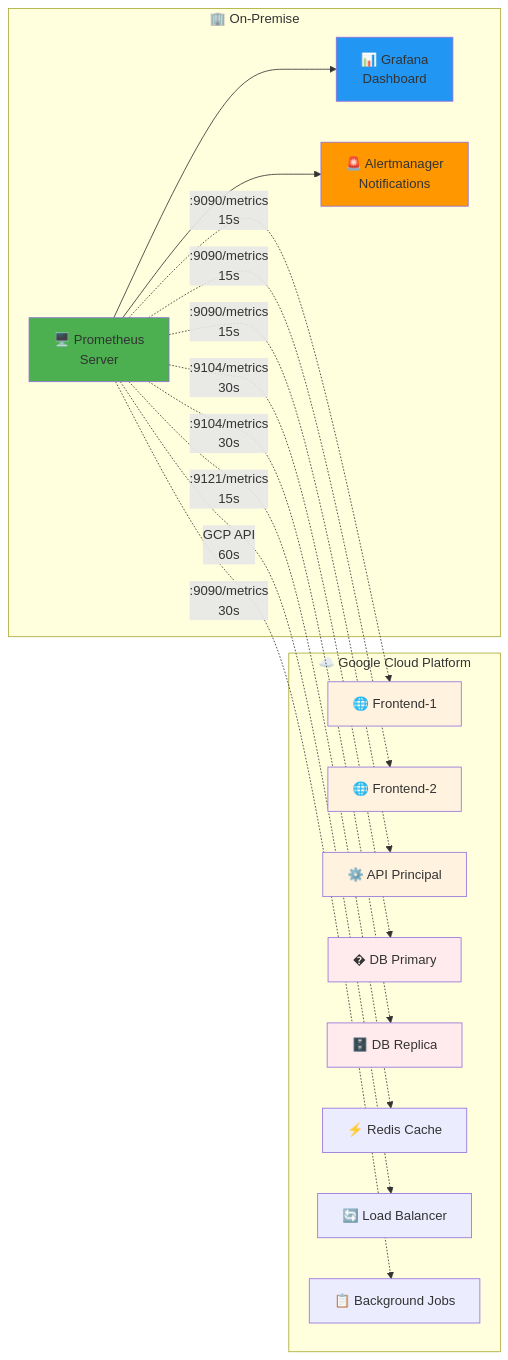
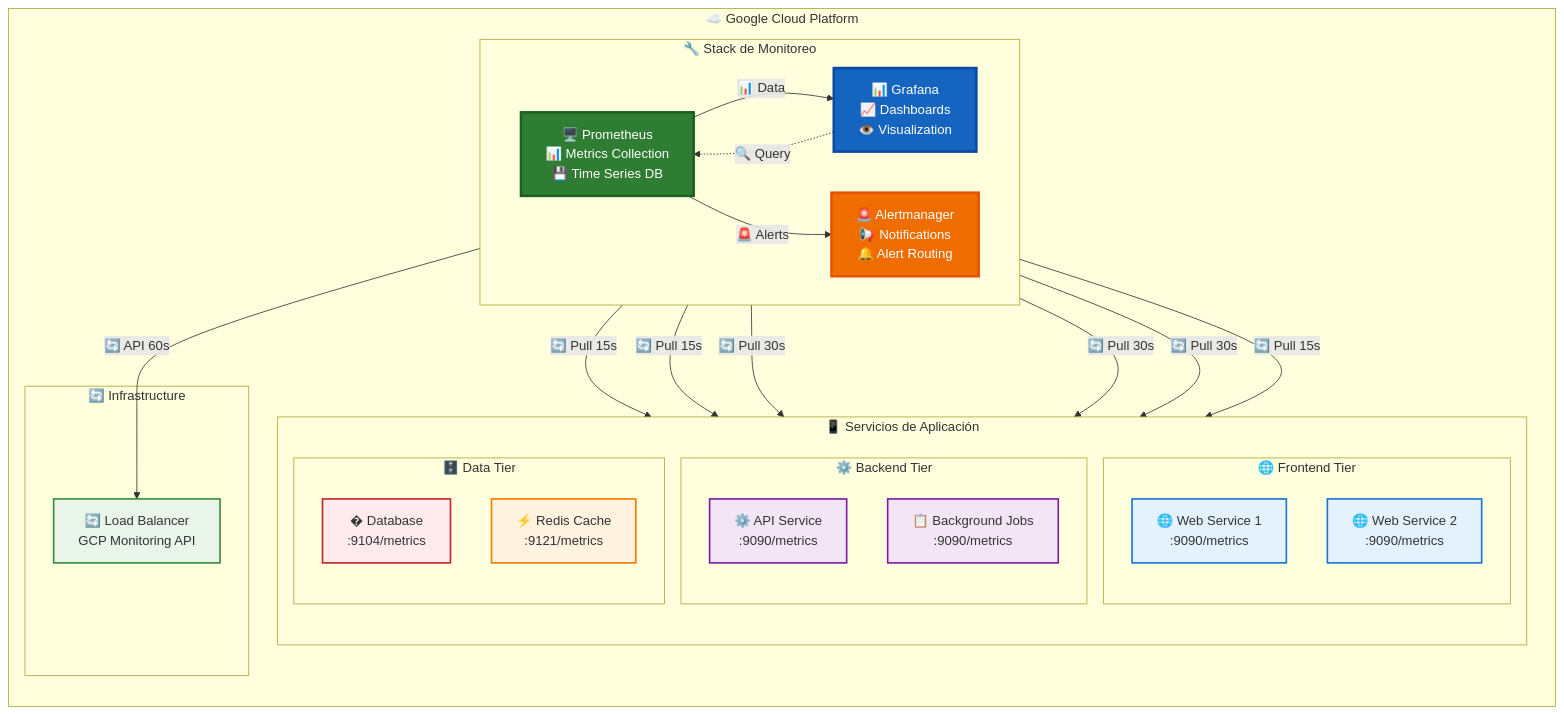
The first of 4 diagrams in docs/tech-stack-decisions/monitoring-tools-comparison.md (floxcristian/ecommerce-architecture-proposal-implementos), drawn with Mermaid before and after one commit. The commit also changed other lines of this file, not shown here.

Commit message:
Actualizar el documento de comparación de herramientas de monitoreo: corregir el impacto financiero, ajustar el contexto de la infraestructura actual y mejorar la claridad en las necesidades de monitoreo y recomendaciones de implementación.

````diff
--- a/docs/tech-stack-decisions/monitoring-tools-comparison.md
+++ b/docs/tech-stack-decisions/monitoring-tools-comparison.md
@@ -226,40 +157,62 @@
 ```mermaid
-graph LR
-    subgraph "🏢 On-Premise"
-        P[🖥️ Prometheus<br/>Server]
-        G[📊 Grafana<br/>Dashboard]
-        A[🚨 Alertmanager<br/>Notifications]
-
-        P --> G
-        P --> A
+graph TB
+    subgraph "☁️ Google Cloud Platform"
+        direction TB
+        
+        subgraph "🔧 Stack de Monitoreo"
+            direction LR
+            P["🖥️ Prometheus<br/>📊 Metrics Collection<br/>💾 Time Series DB"]
+            G["📊 Grafana<br/>📈 Dashboards<br/>👁️ Visualization"]
+            A["🚨 Alertmanager<br/>📢 Notifications<br/>🔔 Alert Routing"]
+        end
+        
+        subgraph "📱 Servicios de Aplicación"
+            direction TB
+            subgraph "🌐 Frontend Tier"
+                WEB1["🌐 Web Service 1<br/>:9090/metrics"]
+                WEB2["🌐 Web Service 2<br/>:9090/metrics"]
+            end
+            
+            subgraph "⚙️ Backend Tier"
+                API["⚙️ API Service<br/>:9090/metrics"]
+                BG["📋 Background Jobs<br/>:9090/metrics"]
+            end
+            
+            subgraph "🗄️ Data Tier"
+                DB["�️ Database<br/>:9104/metrics"]
+                CACHE["⚡ Redis Cache<br/>:9121/metrics"]
+            end
+        end
+        
+        subgraph "🔄 Infrastructure"
+            LB["🔄 Load Balancer<br/>GCP Monitoring API"]
+        end
     end
-
-    subgraph "☁️ Google Cloud Platform"
-        F1[🌐 Frontend-1]
-        F2[🌐 Frontend-2]
-        API[⚙️ API Principal]
-        DB1[�️ DB Primary]
-        DB2[🗄️ DB Replica]
-        CACHE[⚡ Redis Cache]
-        LB[🔄 Load Balancer]
-        BG[📋 Background Jobs]
-    end
-
-    P -.->|:9090/metrics<br/>15s| F1
-    P -.->|:9090/metrics<br/>15s| F2
-    P -.->|:9090/metrics<br/>15s| API
-    P -.->|:9104/metrics<br/>30s| DB1
-    P -.->|:9104/metrics<br/>30s| DB2
-    P -.->|:9121/metrics<br/>15s| CACHE
-    P -.->|GCP API<br/>60s| LB
-    P -.->|:9090/metrics<br/>30s| BG
-
-    style P fill:#4caf50
-    style G fill:#2196f3
-    style A fill:#ff9800
-    style F1 fill:#fff3e0
-    style F2 fill:#fff3e0
-    style API fill:#fff3e0
-    style DB1 fill:#ffebee
-    style DB2 fill:#ffebee
+    
+    %% Conexiones de scraping
+    P -->|"🔄 Pull 15s"| WEB1
+    P -->|"🔄 Pull 15s"| WEB2
+    P -->|"🔄 Pull 30s"| API
+    P -->|"🔄 Pull 30s"| BG
+    P -->|"🔄 Pull 30s"| DB
+    P -->|"🔄 Pull 15s"| CACHE
+    P -->|"🔄 API 60s"| LB
+    
+    %% Conexiones internas del stack de monitoreo
+    P -->|"📊 Data"| G
+    P -->|"🚨 Alerts"| A
+    G -.->|"🔍 Query"| P
+    
+    %% Estilos para mejor visualización
+    style P fill:#2e7d32,stroke:#1b5e20,stroke-width:3px,color:#fff
+    style G fill:#1565c0,stroke:#0d47a1,stroke-width:3px,color:#fff
+    style A fill:#ef6c00,stroke:#e65100,stroke-width:3px,color:#fff
+    
+    style WEB1 fill:#e3f2fd,stroke:#1976d2,stroke-width:2px
+    style WEB2 fill:#e3f2fd,stroke:#1976d2,stroke-width:2px
+    style API fill:#f3e5f5,stroke:#7b1fa2,stroke-width:2px
+    style BG fill:#f3e5f5,stroke:#7b1fa2,stroke-width:2px
+    style DB fill:#ffebee,stroke:#c62828,stroke-width:2px
+    style CACHE fill:#fff3e0,stroke:#f57c00,stroke-width:2px
+    style LB fill:#e8f5e8,stroke:#388e3c,stroke-width:2px
 ```
````
